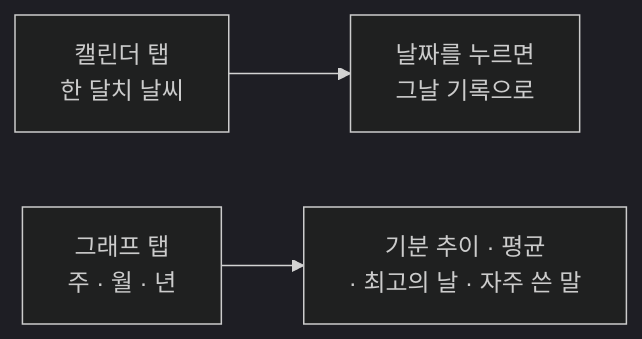
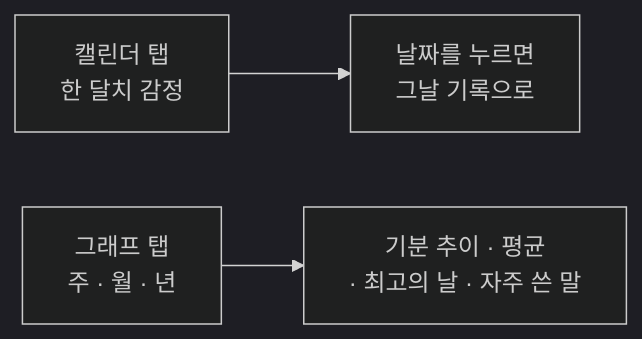
The diagram in docs/feature/감정-캘린더와-그래프.md (Minchae0322/ai-picture-diary), drawn with Mermaid (dark theme) before and after one commit. The commit also changed other lines of this file and 166 other files, not shown here.

````diff
--- a/docs/feature/감정-캘린더와-그래프.md
+++ b/docs/feature/감정-캘린더와-그래프.md
@@ -9,5 +9,5 @@
 ```mermaid
 flowchart LR
-    A["캘린더 탭<br/>한 달치 날씨"] --> B["날짜를 누르면<br/>그날 기록으로"]
+    A["캘린더 탭<br/>한 달치 감정"] --> B["날짜를 누르면<br/>그날 기록으로"]
     C["그래프 탭<br/>주 · 월 · 년"] --> D["기분 추이 · 평균<br/>· 최고의 날 · 자주 쓴 말"]
 ```
````
